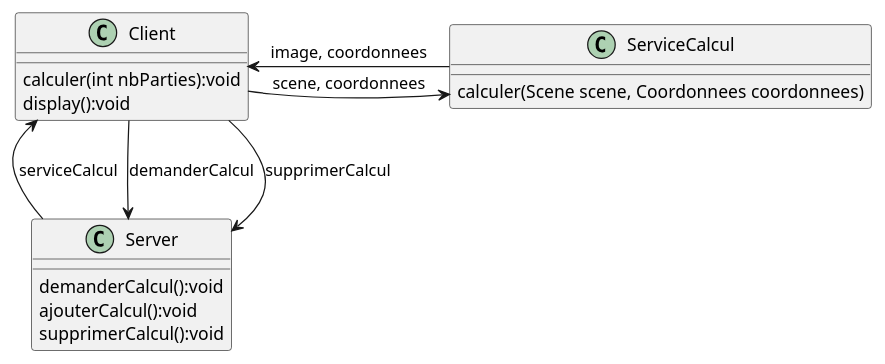
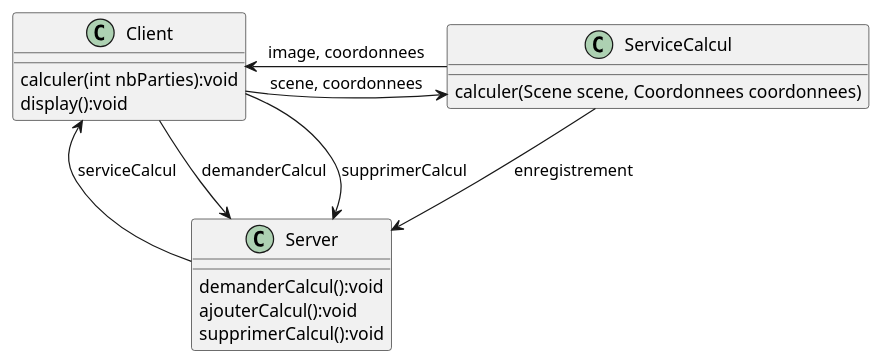
Before and after one commit to Hugo-COLLIN/BUT_S4_Calcul-Parallele: the diagram in ressources/schema2.puml, drawn with PlantUML. The commit also changed 3 other files, not shown here.

```diff
--- a/ressources/schema2.puml
+++ b/ressources/schema2.puml
@@ -1,26 +1,28 @@
 @startuml
 'https://plantuml.com/class-diagram
 
 class Client {
     calculer(int nbParties):void
     display():void
 }
 
 class Server {
     demanderCalcul():void
     ajouterCalcul():void
     supprimerCalcul():void
 }
 
 class ServiceCalcul {
     calculer(Scene scene, Coordonnees coordonnees)
 }
 
 Client <- ServiceCalcul : image, coordonnees
 ServiceCalcul <- Client : scene, coordonnees
 
 Server <-- Client : demanderCalcul
 Client <-- Server : serviceCalcul
 Server <-- Client : supprimerCalcul
 
+ServiceCalcul --> Server : enregistrement
+
 @enduml
```
